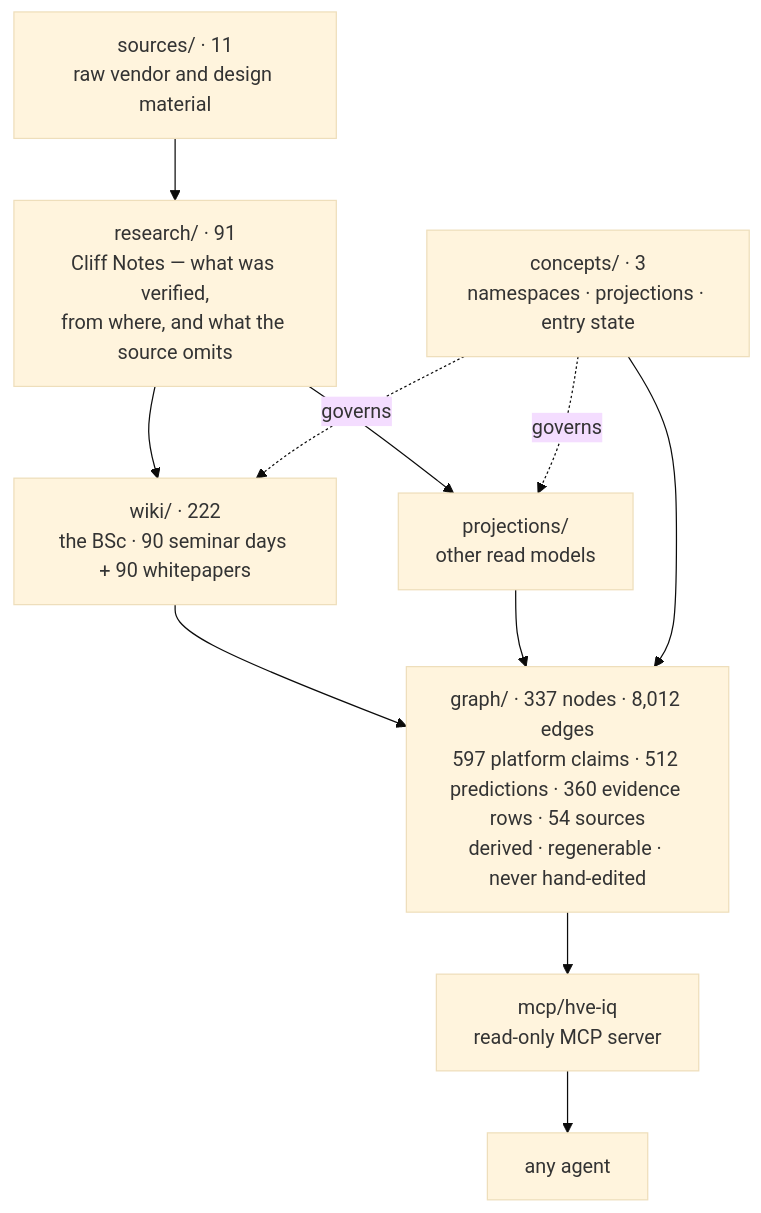
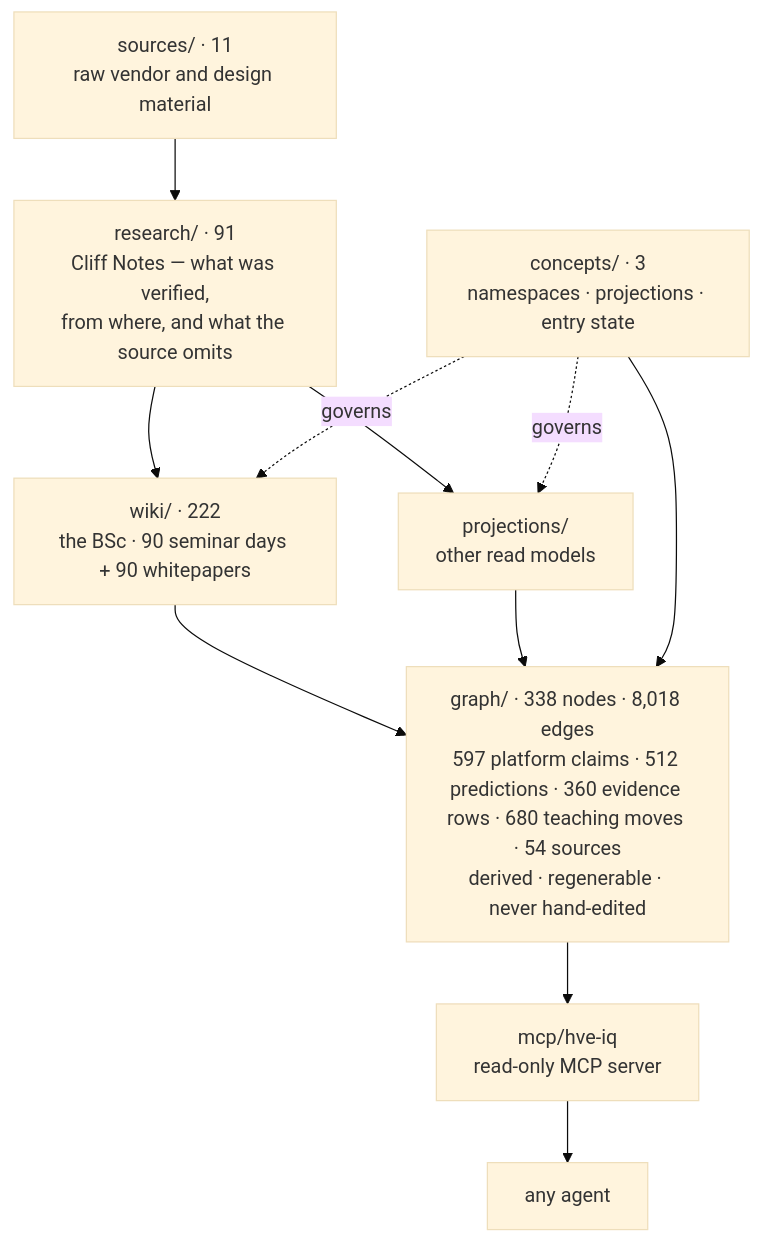
The diagram in README.md (venturemavenwill/high-velocity-engineering), drawn with Mermaid (base theme) before and after one commit. The commit also changed other lines of this file and 14 other files, not shown here.

````diff
--- a/README.md
+++ b/README.md
@@ -13,14 +13,14 @@
 ```mermaid
 flowchart TD
   S["sources/ · 11<br/>raw vendor and design material"] --> R
   R["research/ · 91<br/>Cliff Notes — what was verified,<br/>from where, and what the source omits"] --> W
   R --> P
   W["wiki/ · 222<br/>the BSc · 90 seminar days + 90 whitepapers"]
   P["projections/<br/>other read models"]
   C["concepts/ · 3<br/>namespaces · projections · entry state"] -.governs.-> W
   C -.governs.-> P
   W --> G
   P --> G
   C --> G
-  G["graph/ · 337 nodes · 8,012 edges<br/>597 platform claims · 512 predictions · 360 evidence rows · 54 sources<br/>derived · regenerable · never hand-edited"] --> M["mcp/hve-iq<br/>read-only MCP server"] --> A["any agent"]
+  G["graph/ · 338 nodes · 8,018 edges<br/>597 platform claims · 512 predictions · 360 evidence rows · 680 teaching moves · 54 sources<br/>derived · regenerable · never hand-edited"] --> M["mcp/hve-iq<br/>read-only MCP server"] --> A["any agent"]
 ```
````
